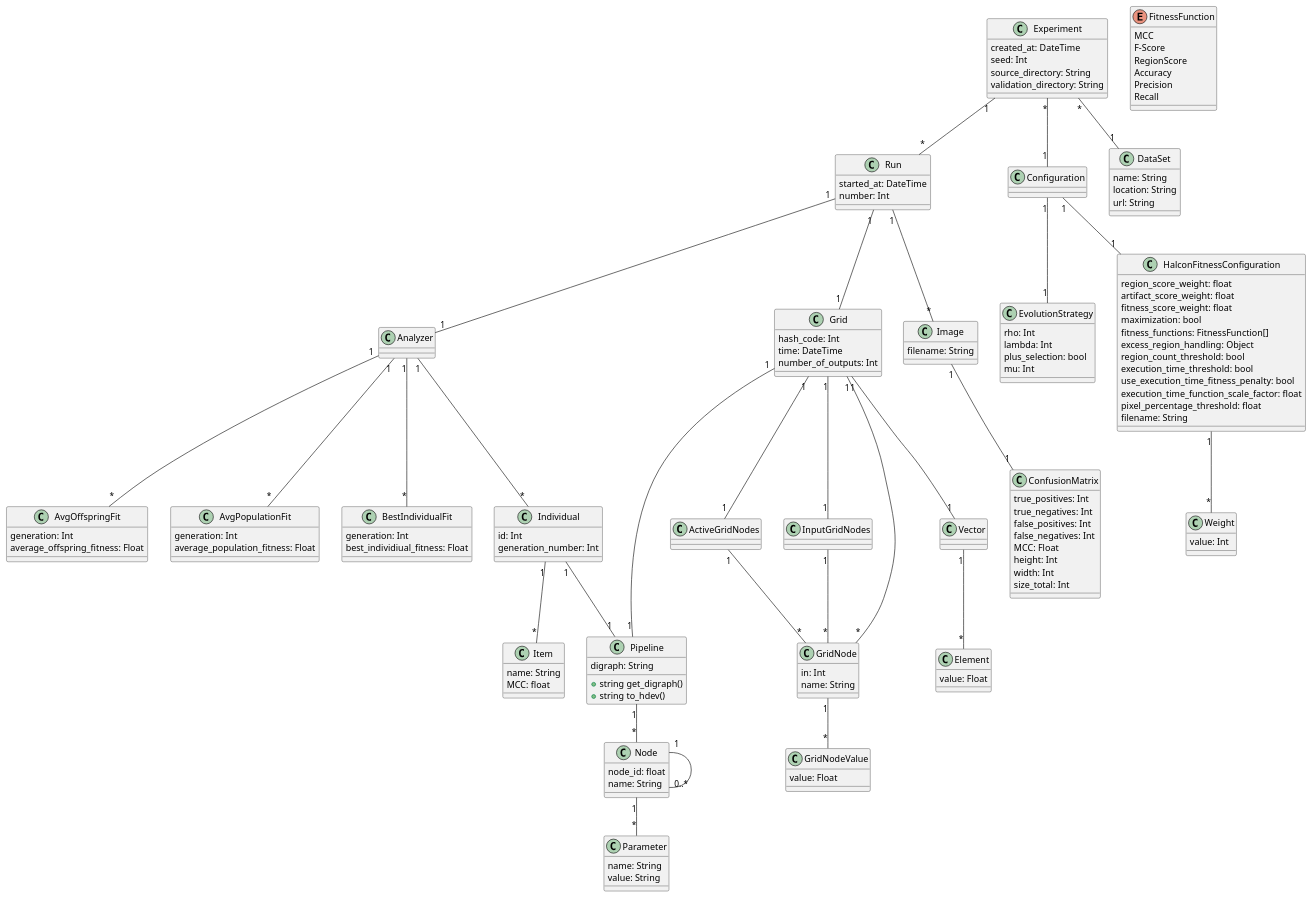
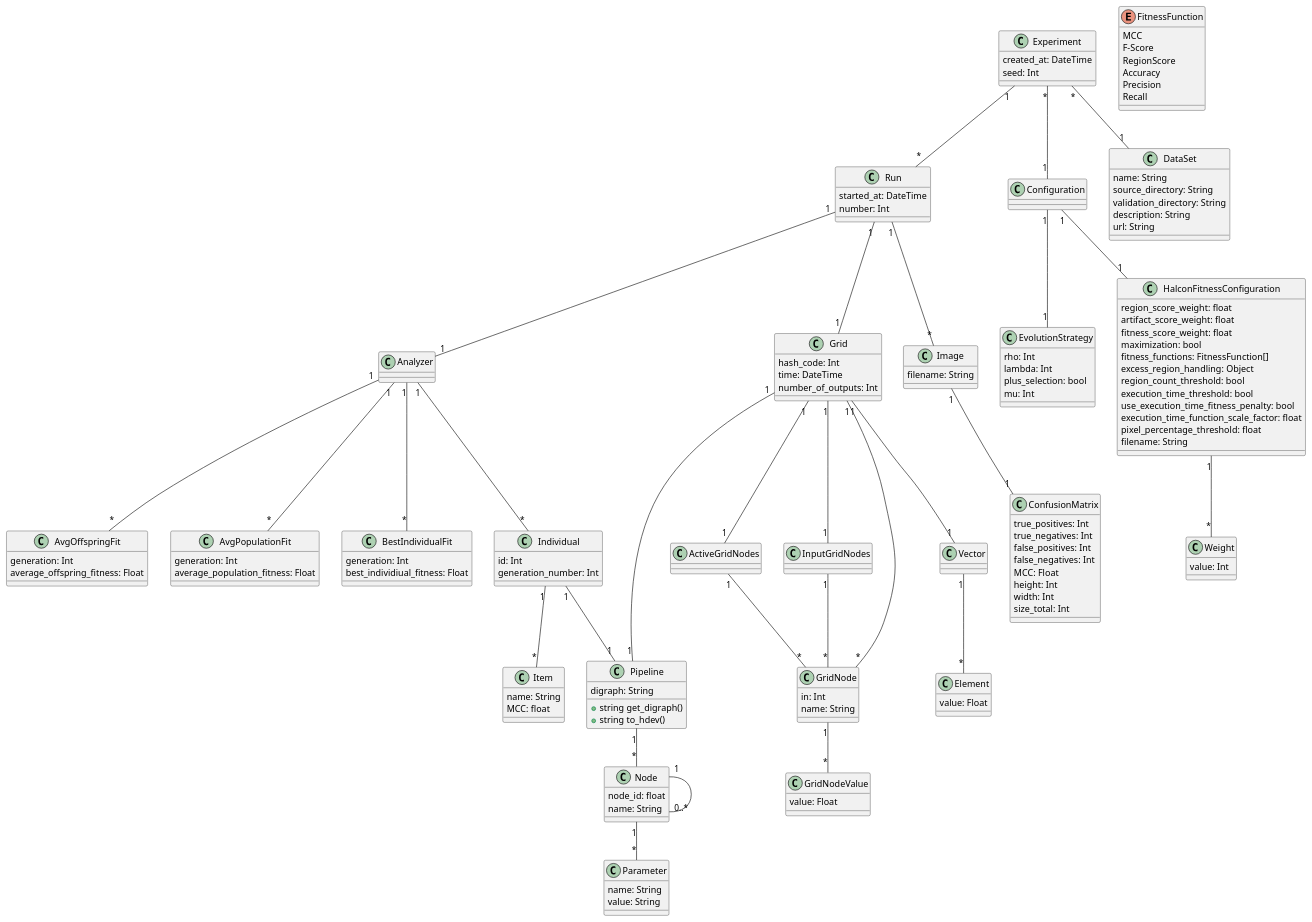
Before and after one commit to anmarchio/experiments: the diagram in diagrams/DataModel.md, drawn with PlantUML.

```diff
--- a/diagrams/DataModel.md
+++ b/diagrams/DataModel.md
@@ -6,8 +6,6 @@
 class Experiment {
   created_at: DateTime
   seed: Int
-  source_directory: String
-  validation_directory: String
 }
 
 class Run {
@@ -54,7 +52,9 @@
 
 class DataSet {
   name: String
-  location: String
+  source_directory: String
+  validation_directory: String
+  description: String
   url: String
 }
 
```
